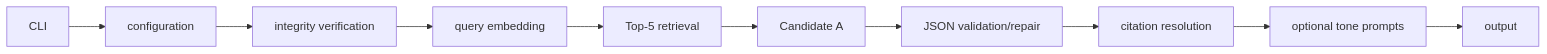
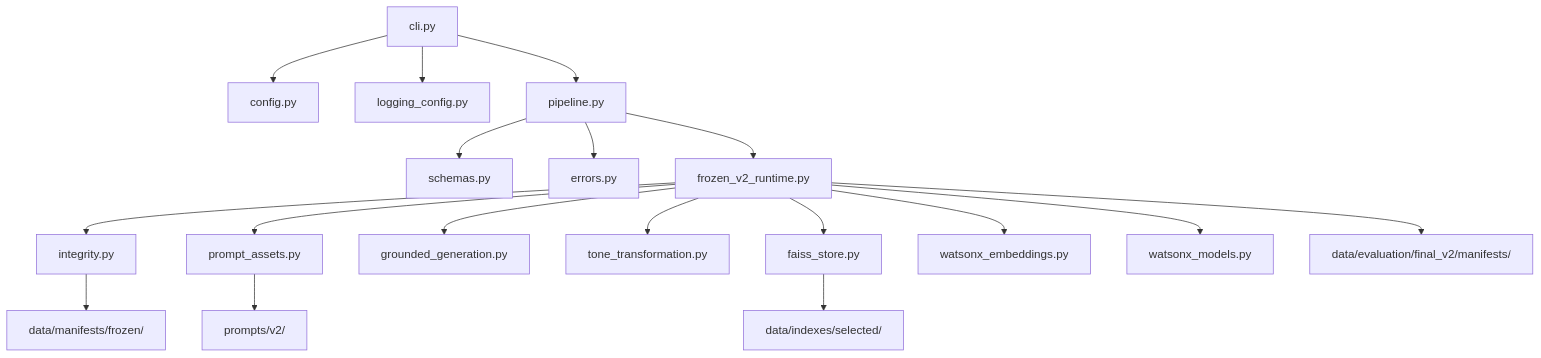
One commit to Adnanwadee/rag-foundations-watsonx changed the fourth of 4 diagrams in docs/ARCHITECTURE.md. Above: the diagram before and after it, drawn with Mermaid. The commit also changed other lines of this file and 16 other files, not shown here.

````diff
--- a/docs/ARCHITECTURE.md
+++ b/docs/ARCHITECTURE.md
@@ -16,4 +1504,23 @@
 ```mermaid
-flowchart LR
-  A["CLI"] --> B["configuration"] --> C["integrity verification"] --> D["query embedding"] --> E["Top-5 retrieval"] --> F["Candidate A"] --> G["JSON validation/repair"] --> H["citation resolution"] --> I["optional tone prompts"] --> J["output"]
+flowchart TD
+    CLI["cli.py"] --> CONFIG["config.py"]
+    CLI --> LOG["logging_config.py"]
+    CLI --> PIPE["pipeline.py"]
+
+    PIPE --> SCHEMAS["schemas.py"]
+    PIPE --> ERRORS["errors.py"]
+    PIPE --> FROZEN["frozen_v2_runtime.py"]
+
+    FROZEN --> INTEGRITY["integrity.py"]
+    FROZEN --> PROMPTS["prompt_assets.py"]
+    FROZEN --> GROUND["grounded_generation.py"]
+    FROZEN --> TONE["tone_transformation.py"]
+    FROZEN --> FAISS["faiss_store.py"]
+    FROZEN --> EMBED["watsonx_embeddings.py"]
+    FROZEN --> MODELS["watsonx_models.py"]
+
+    PROMPTS --> ASSETS["prompts/v2/"]
+    INTEGRITY --> MANIFESTS["data/manifests/frozen/"]
+    FAISS --> INDEX["data/indexes/selected/"]
+    FROZEN --> EVIDENCE["data/evaluation/final_v2/manifests/"]
 ```
````
